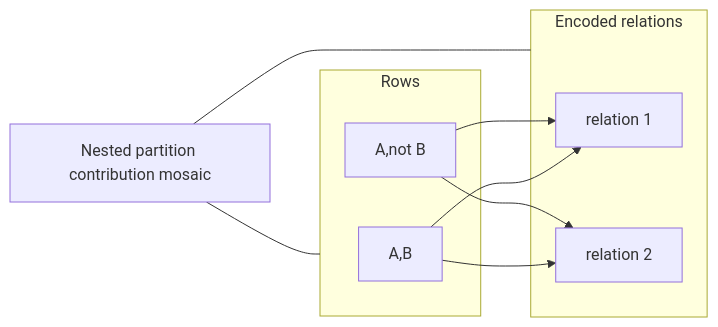
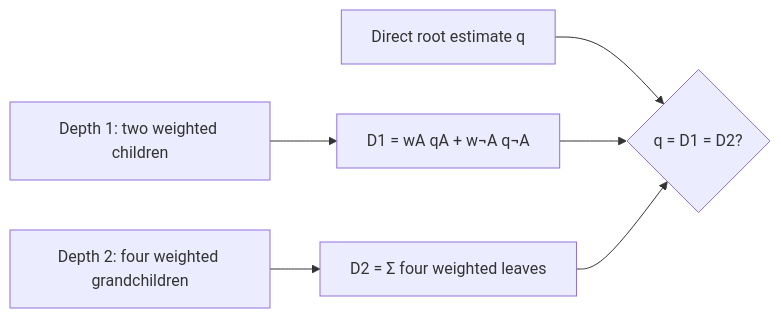
One commit to Betancourt1/paper_atlas changed the second of 3 diagrams in docs/visual-manifests/VISUAL_MANIFEST_PARTITION_PROMPT_AGGREGATE.md. Above: the diagram before and after it, drawn with Mermaid. The commit also changed other lines of this file and 7 other files, not shown here.

````diff
--- a/docs/visual-manifests/VISUAL_MANIFEST_PARTITION_PROMPT_AGGREGATE.md
+++ b/docs/visual-manifests/VISUAL_MANIFEST_PARTITION_PROMPT_AGGREGATE.md
@@ -286,18 +281,8 @@
 ```mermaid
 flowchart LR
-  title["Nested partition contribution mosaic"]
-  subgraph rows["Rows"]
-    r0["A,B"]
-    r1["A,not B"]
-  end
-  subgraph columns["Encoded relations"]
-    c0["relation 1"]
-    c1["relation 2"]
-  end
-  title --- rows
-  title --- columns
-  r0 --> c0
-  r0 --> c1
-  r1 --> c0
-  r1 --> c1
+  d1["Depth 1: two weighted children"] --> a1["D1 = wA qA + w¬A q¬A"]
+  d2["Depth 2: four weighted grandchildren"] --> a2["D2 = Σ four weighted leaves"]
+  root["Direct root estimate q"] --> eq{"q = D1 = D2?"}
+  a1 --> eq
+  a2 --> eq
 ```
````
